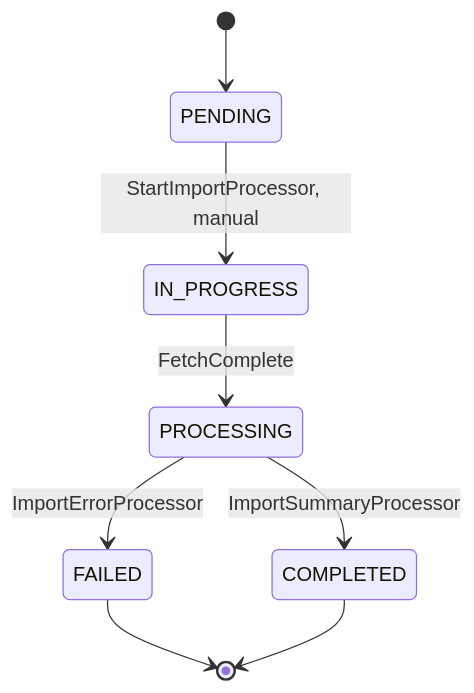
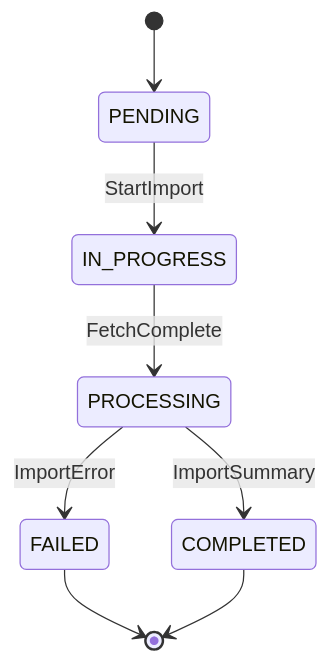
Before and after one commit to Cyoda-platform/java-client-template: the third of 3 diagrams in src/main/java/com/java_template/prototype/functional_requirement.md, drawn with Mermaid. The commit also changed other lines of this file, not shown here.

````diff
--- a/src/main/java/com/java_template/prototype/functional_requirement.md
+++ b/src/main/java/com/java_template/prototype/functional_requirement.md
@@ -82,10 +151,10 @@
 ```mermaid
 stateDiagram-v2
     [*] --> PENDING
-    PENDING --> IN_PROGRESS : StartImportProcessor, manual
+    PENDING --> IN_PROGRESS : StartImport
     IN_PROGRESS --> PROCESSING : FetchComplete
-    PROCESSING --> COMPLETED : ImportSummaryProcessor
-    PROCESSING --> FAILED : ImportErrorProcessor
+    PROCESSING --> COMPLETED : ImportSummary
+    PROCESSING --> FAILED : ImportError
     FAILED --> [*]
     COMPLETED --> [*]
 ```
````
